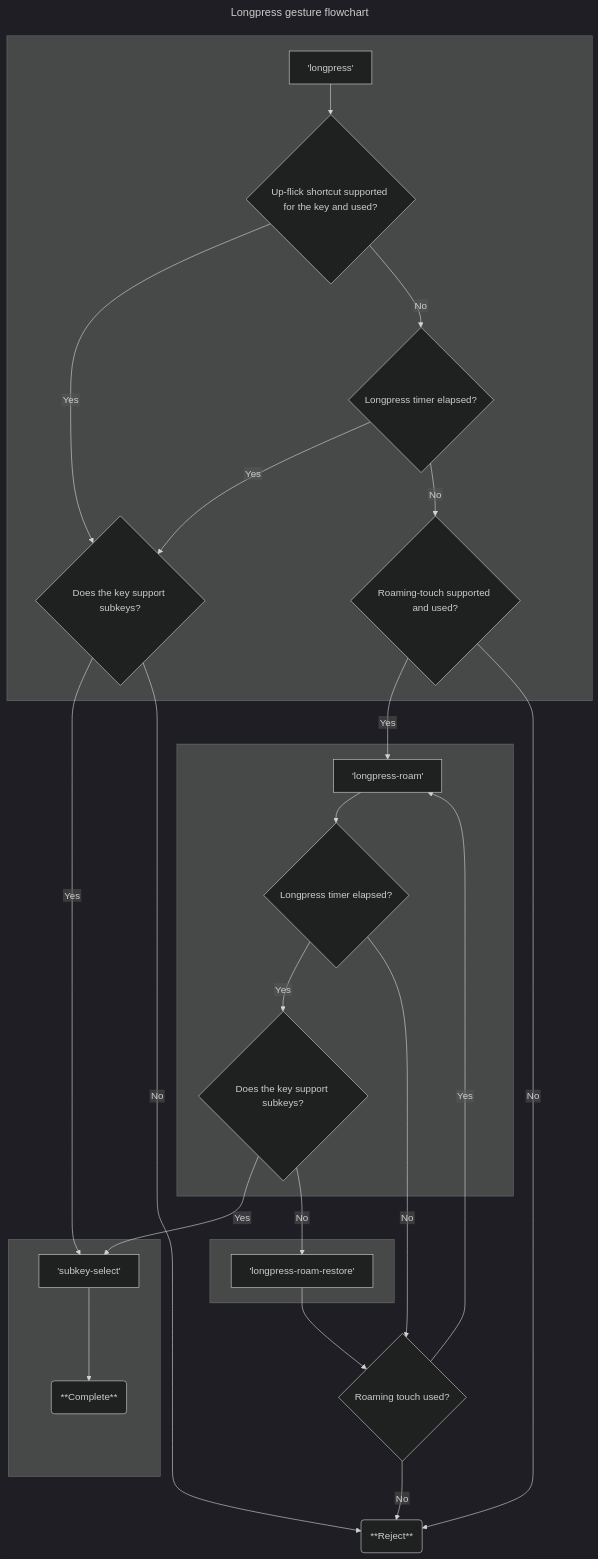
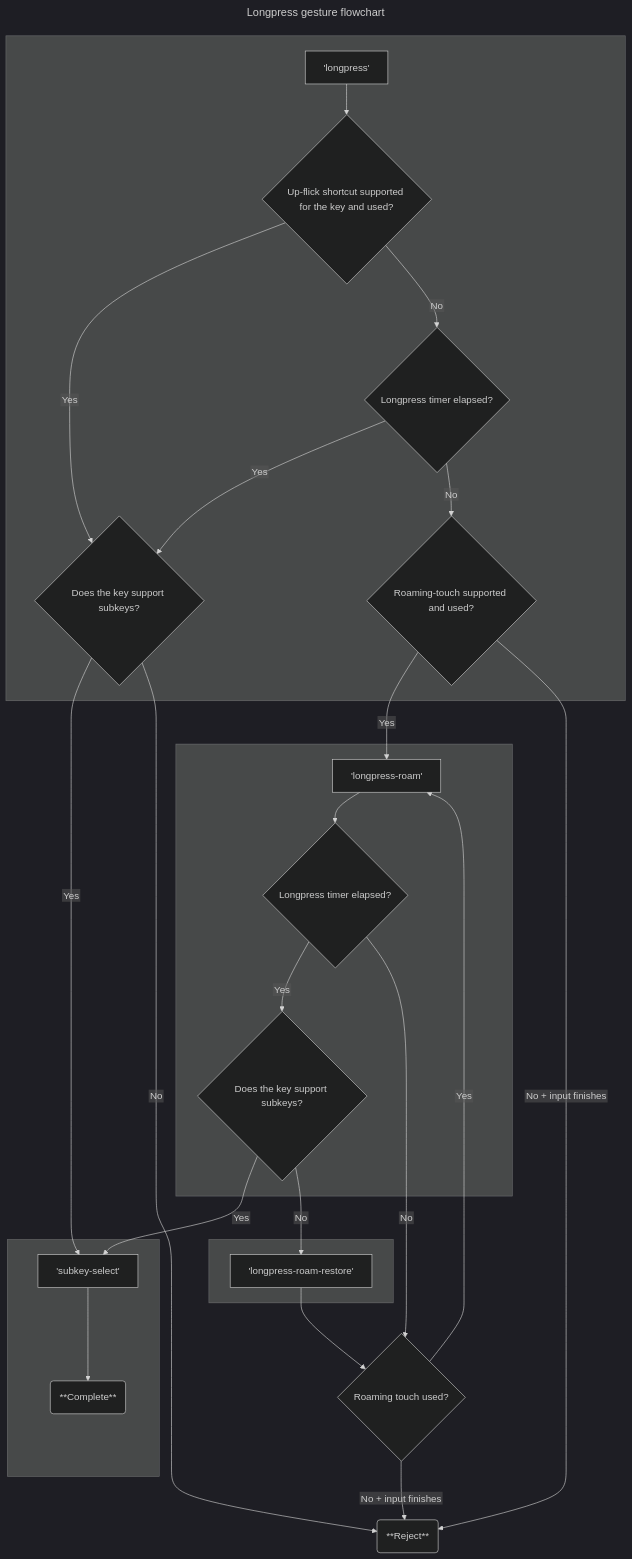
The first of 4 diagrams in web/docs/internal/gestures/keyman-keyboard-gesture-specs.md (keymanapp/keyman), drawn with Mermaid (dark theme) before and after one commit. The commit also changed other lines of this file, not shown here.

Commit message:
docs(web): more explicit No + input finishes cases

````diff
--- a/web/docs/internal/gestures/keyman-keyboard-gesture-specs.md
+++ b/web/docs/internal/gestures/keyman-keyboard-gesture-specs.md
@@ -9,57 +9,57 @@
 ```mermaid
 ---
 title: Longpress gesture flowchart
 ---
 %% For rendering, use e.g. https://mermaid.live
 %%{init: {"flowchart": {"htmlLabels": false}} }%%
 graph TD;
     longpress['longpress']
     subkey-select['subkey-select']
     longpress-roam['longpress-roam']
     longpress-roam-restore['longpress-roam-restore']
     reject(**Reject**)
     complete(**Complete**)
 
     didShortcut{Up-flick shortcut supported for the key and used?}
     didWait{Longpress timer elapsed?}
     didWait2{Longpress timer elapsed?}
     allowedRoam{Roaming-touch supported and used?}
     supportsSubkeys{Does the key support subkeys?}
     supportsSubkeys2{Does the key support subkeys?}
     didRoam{Roaming touch used?}
 
     subgraph Stage1[" "]
     longpress-->didShortcut
     didShortcut -- Yes --> supportsSubkeys
     didShortcut -- No  --> didWait
     didWait -- Yes --> supportsSubkeys
     didWait -- No --> allowedRoam
     end
 
     supportsSubkeys -- Yes --> subkey-select
     supportsSubkeys -- No --> reject
 
     subgraph Stage2[" "]
     subkey-select --> complete
     end
 
     allowedRoam -- Yes --> longpress-roam
-    allowedRoam -- No --> reject
+    allowedRoam -- No + input finishes --> reject
 
     subgraph Stage3[" "]
     longpress-roam --> didWait2
     didWait2 -- Yes --> supportsSubkeys2
     end
 
     didWait2 -- No --> didRoam
     didRoam  -- Yes --> longpress-roam
-    didRoam  -- No --> reject
+    didRoam  -- No + input finishes --> reject
     supportsSubkeys2 -- Yes --> subkey-select
     supportsSubkeys2 -- No --> longpress-roam-restore
 
     subgraph Stage4[" "]
     longpress-roam-restore
     end
 
     longpress-roam-restore --> didRoam
 ```
````
